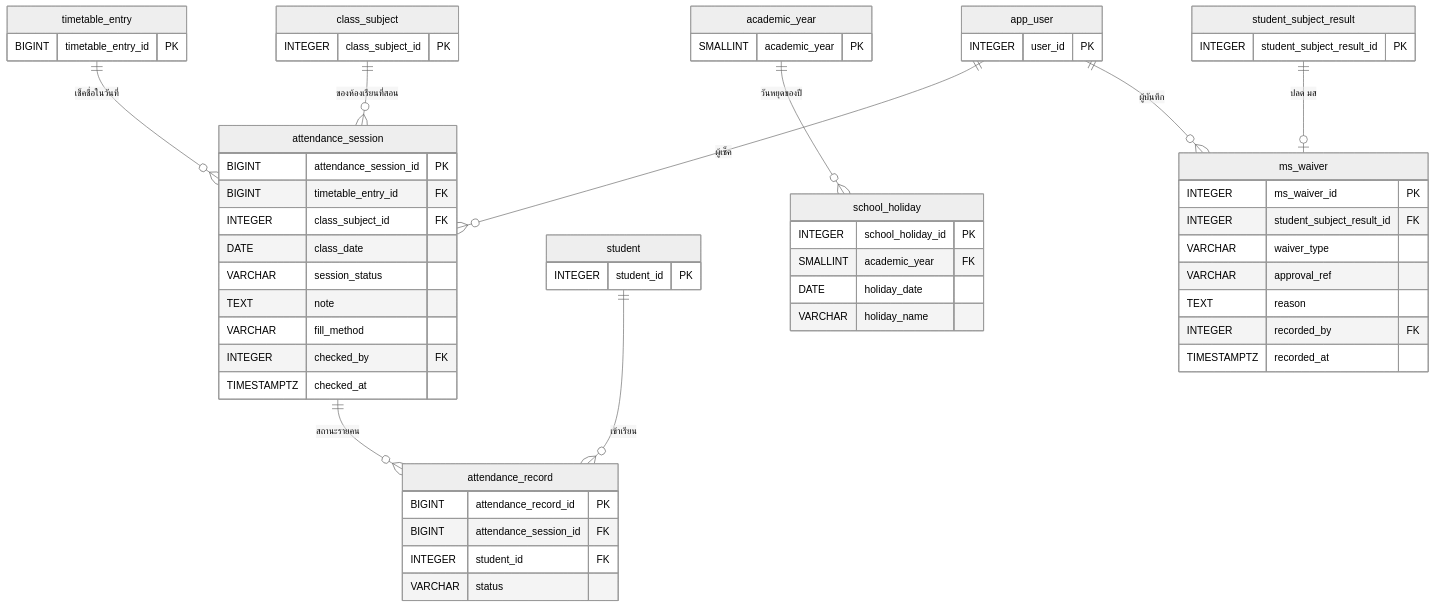
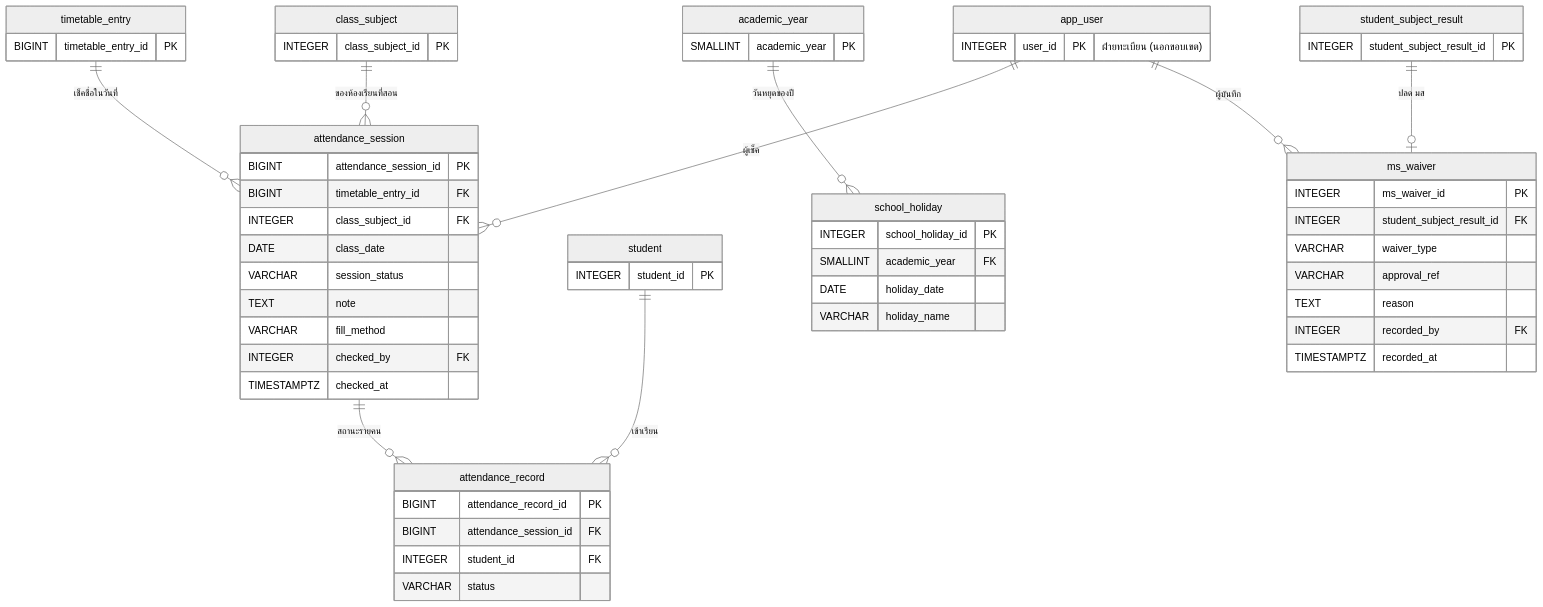
Before and after one commit to polymercatzz/Academic: the diagram in docs/database/04-attendance.md, drawn with Mermaid (neutral theme). The commit also changed other lines of this file and 16 other files, not shown here.

````diff
--- a/docs/database/04-attendance.md
+++ b/docs/database/04-attendance.md
@@ -28,62 +28,62 @@
 ```mermaid
 erDiagram
     timetable_entry ||--o{ attendance_session : "เช็คชื่อในวันที่"
     class_subject ||--o{ attendance_session : "ของห้องเรียนที่สอน"
     app_user ||--o{ attendance_session : "ผู้เช็ค"
     attendance_session ||--o{ attendance_record : "สถานะรายคน"
     student ||--o{ attendance_record : "เข้าเรียน"
     academic_year ||--o{ school_holiday : "วันหยุดของปี"
     student_subject_result ||--o| ms_waiver : "ปลด มส"
     app_user ||--o{ ms_waiver : "ผู้บันทึก"
 
     attendance_session {
         BIGINT attendance_session_id PK
         BIGINT timetable_entry_id FK
         INTEGER class_subject_id FK
         DATE class_date
         VARCHAR session_status
         TEXT note
         VARCHAR fill_method
         INTEGER checked_by FK
         TIMESTAMPTZ checked_at
     }
     attendance_record {
         BIGINT attendance_record_id PK
         BIGINT attendance_session_id FK
         INTEGER student_id FK
         VARCHAR status
     }
     school_holiday {
         INTEGER school_holiday_id PK
         SMALLINT academic_year FK
         DATE holiday_date
         VARCHAR holiday_name
     }
     ms_waiver {
         INTEGER ms_waiver_id PK
         INTEGER student_subject_result_id FK
         VARCHAR waiver_type
         VARCHAR approval_ref
         TEXT reason
         INTEGER recorded_by FK
         TIMESTAMPTZ recorded_at
     }
     student_subject_result {
         INTEGER student_subject_result_id PK
     }
     timetable_entry {
         BIGINT timetable_entry_id PK
     }
     class_subject {
         INTEGER class_subject_id PK
     }
     app_user {
-        INTEGER user_id PK
+        INTEGER user_id PK "ฝ่ายทะเบียน (นอกขอบเขต)"
     }
     student {
         INTEGER student_id PK
     }
     academic_year {
         SMALLINT academic_year PK
     }
 ```
````
